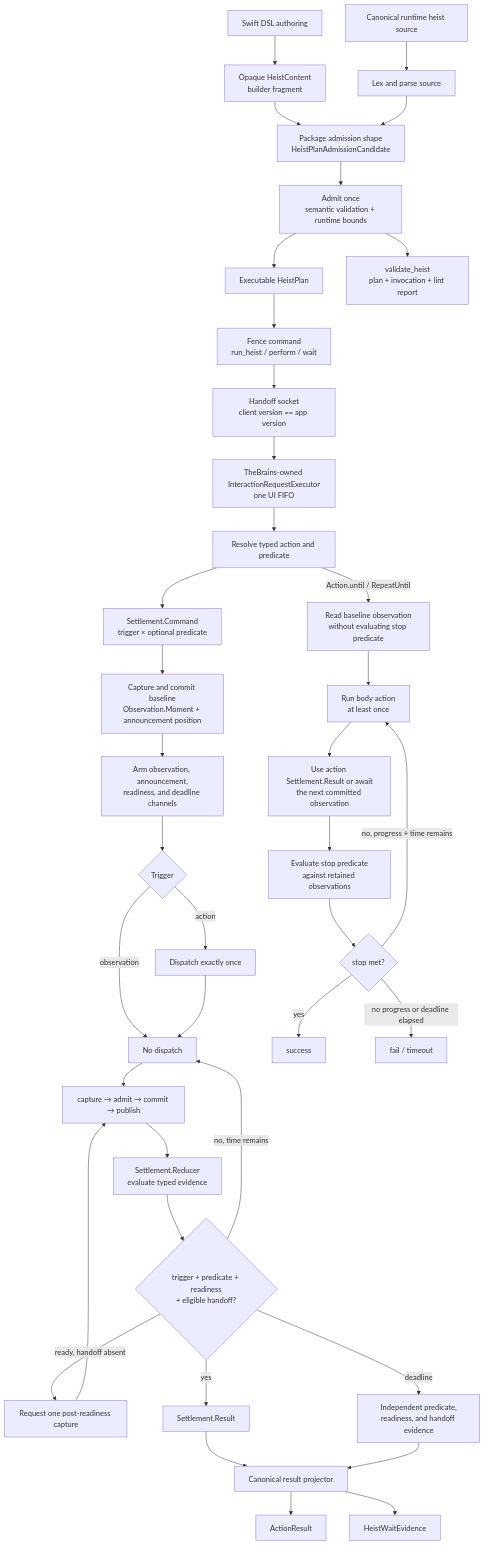
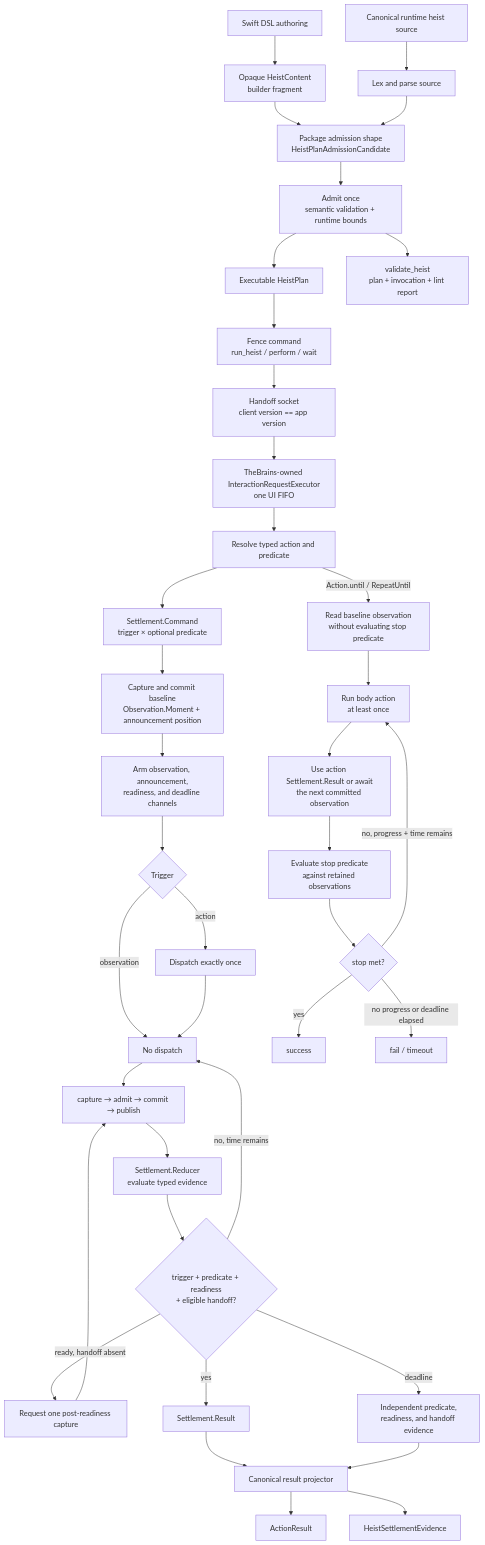
The diagram in docs/ARCHITECTURE.md (RoyalPineapple/TheButtonHeist), drawn with Mermaid before and after one commit. The commit also changed other lines of this file and 101 other files, not shown here.

````diff
--- a/docs/ARCHITECTURE.md
+++ b/docs/ARCHITECTURE.md
@@ -599,43 +607,43 @@
 ```mermaid
 flowchart TD
     SwiftAuthor["Swift DSL authoring"] --> Fragment["Opaque HeistContent<br/>builder fragment"]
     SourceAuthor["Canonical runtime heist source"] --> Parse["Lex and parse source"]
     Fragment --> Candidate["Package admission shape<br/>HeistPlanAdmissionCandidate"]
     Parse --> Candidate
     Candidate --> Validate["Admit once<br/>semantic validation + runtime bounds"]
     Validate --> Plan["Executable HeistPlan"]
     Validate --> OfflineReport["validate_heist<br/>plan + invocation + lint report"]
     Plan --> FenceCommand["Fence command<br/>run_heist / perform / wait"]
     FenceCommand --> HandoffSocket["Handoff socket<br/>client version == app version"]
     HandoffSocket --> Executor["TheBrains-owned InteractionRequestExecutor<br/>one UI FIFO"]
 
     Executor --> Resolve["Resolve typed action and predicate"]
     Resolve --> Command["Settlement.Command<br/>trigger × optional predicate"]
     Command --> Baseline["Capture and commit baseline<br/>Observation.Moment + announcement position"]
     Baseline --> Arm["Arm observation, announcement,<br/>readiness, and deadline channels"]
     Arm --> Trigger{"Trigger"}
     Trigger -->|action| Dispatch["Dispatch exactly once"]
     Trigger -->|observation| Observe["No dispatch"]
     Dispatch --> Observe
     Observe --> Commit["capture → admit → commit → publish"]
     Commit --> Reduce["Settlement.Reducer<br/>evaluate typed evidence"]
     Reduce --> Ready{"trigger + predicate + readiness<br/>+ eligible handoff?"}
     Ready -->|no, time remains| Observe
     Ready -->|ready, handoff absent| Handoff["Request one post-readiness capture"]
     Handoff --> Commit
     Ready -->|yes| Result["Settlement.Result"]
     Ready -->|deadline| TimedOut["Independent predicate,<br/>readiness, and handoff evidence"]
     Result --> Project["Canonical result projector"]
     TimedOut --> Project
     Project --> ActionResult["ActionResult"]
-    Project --> WaitResult["HeistWaitEvidence"]
+    Project --> WaitResult["HeistSettlementEvidence"]
 
     Resolve -->|Action.until / RepeatUntil| LoopBaseline["Read baseline observation<br/>without evaluating stop predicate"]
     LoopBaseline --> RunBody["Run body action<br/>at least once"]
     RunBody --> ProgressGate["Use action Settlement.Result or await<br/>the next committed observation"]
     ProgressGate --> EvaluateStop["Evaluate stop predicate<br/>against retained observations"]
     EvaluateStop --> StopMet{"stop met?"}
     StopMet -->|yes| Done["success"]
     StopMet -->|no, progress + time remains| RunBody
     StopMet -->|no progress or deadline elapsed| Fail["fail / timeout"]
 ```
````
